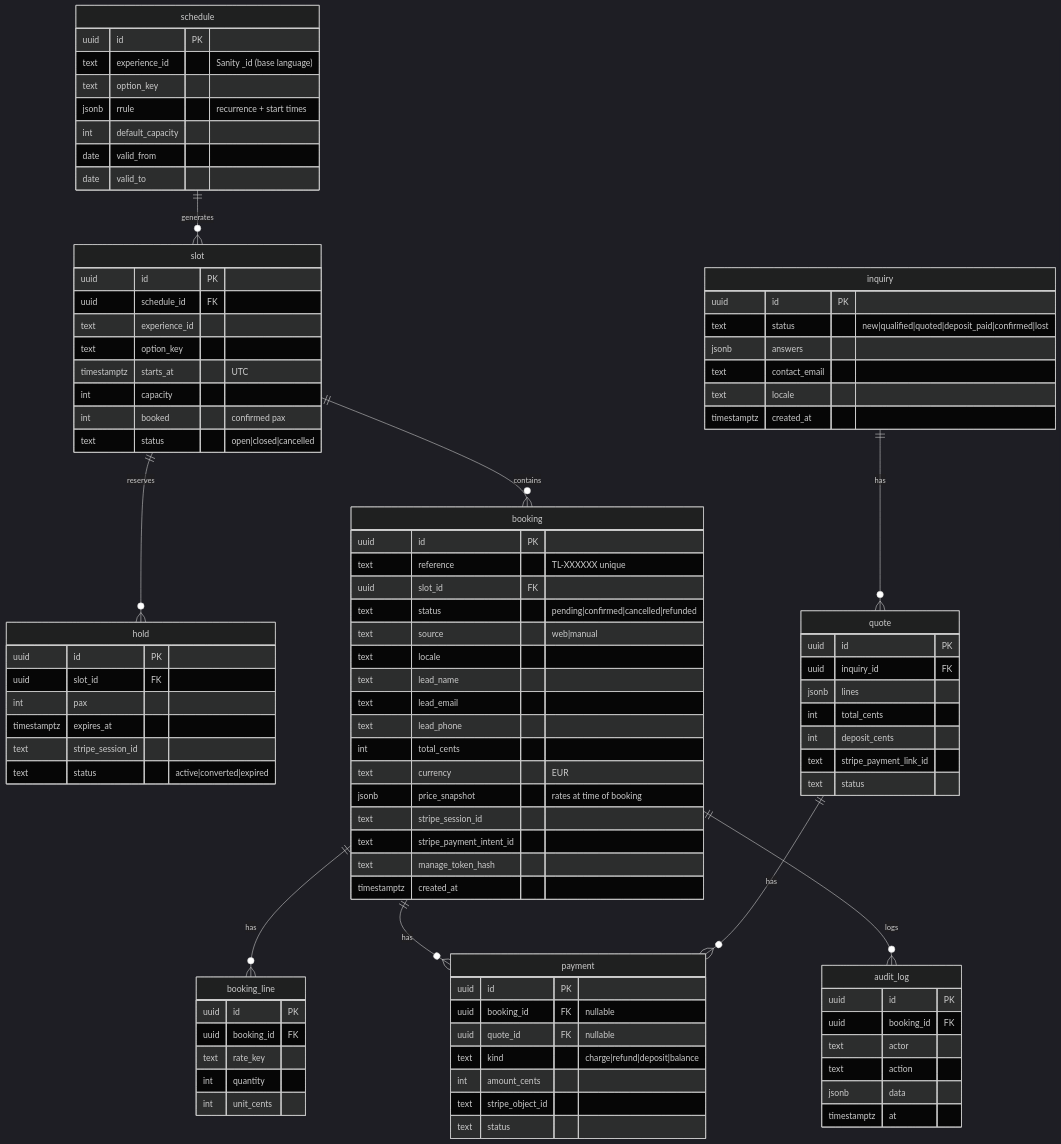
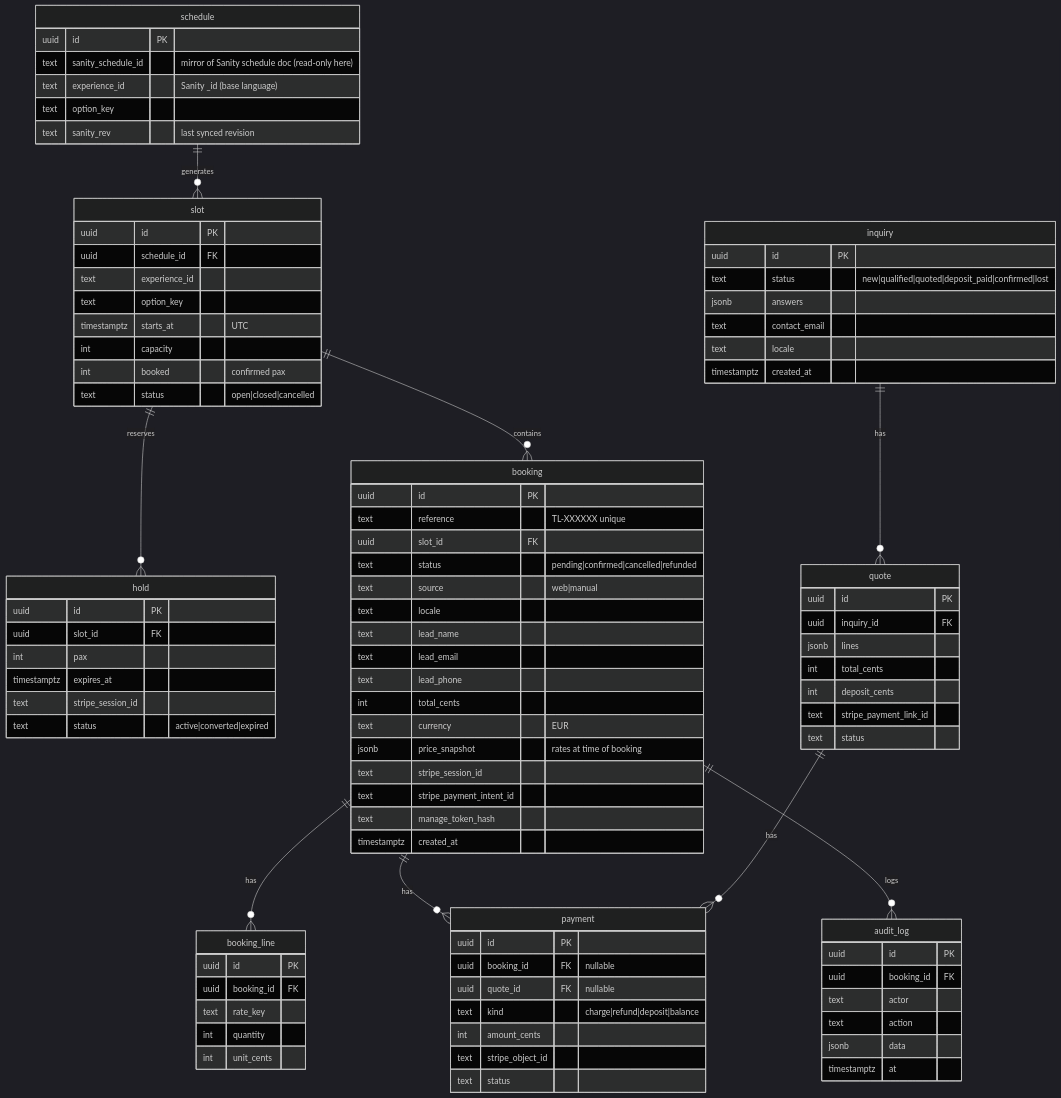
The second of 3 diagrams in docs/06-architecture.md (patrickvandevelde-byte/travel-latvia), drawn with Mermaid (dark theme) before and after one commit. The commit also changed other lines of this file and 14 other files, not shown here.

```diff
--- a/docs/06-architecture.md
+++ b/docs/06-architecture.md
@@ -159,12 +180,10 @@
 
   schedule {
     uuid id PK
+    text sanity_schedule_id "mirror of Sanity schedule doc (read-only here)"
     text experience_id "Sanity _id (base language)"
     text option_key
-    jsonb rrule "recurrence + start times"
-    int default_capacity
-    date valid_from
-    date valid_to
+    text sanity_rev "last synced revision"
   }
   slot {
     uuid id PK
```
